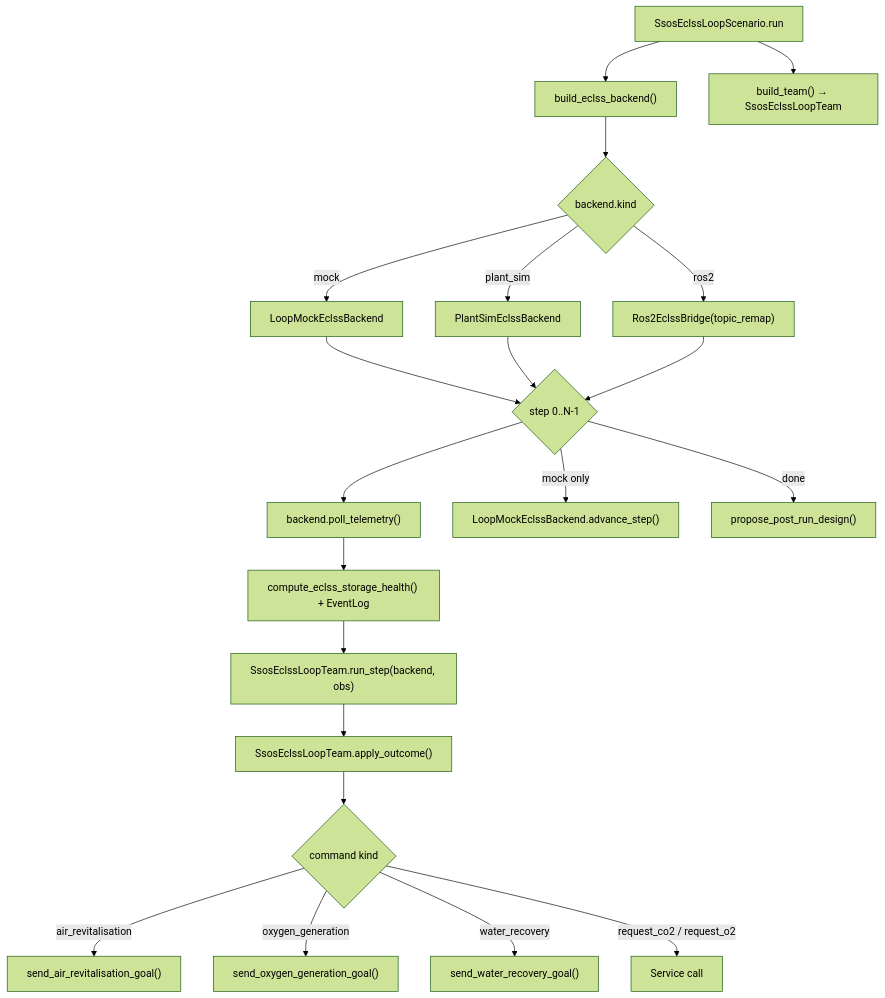
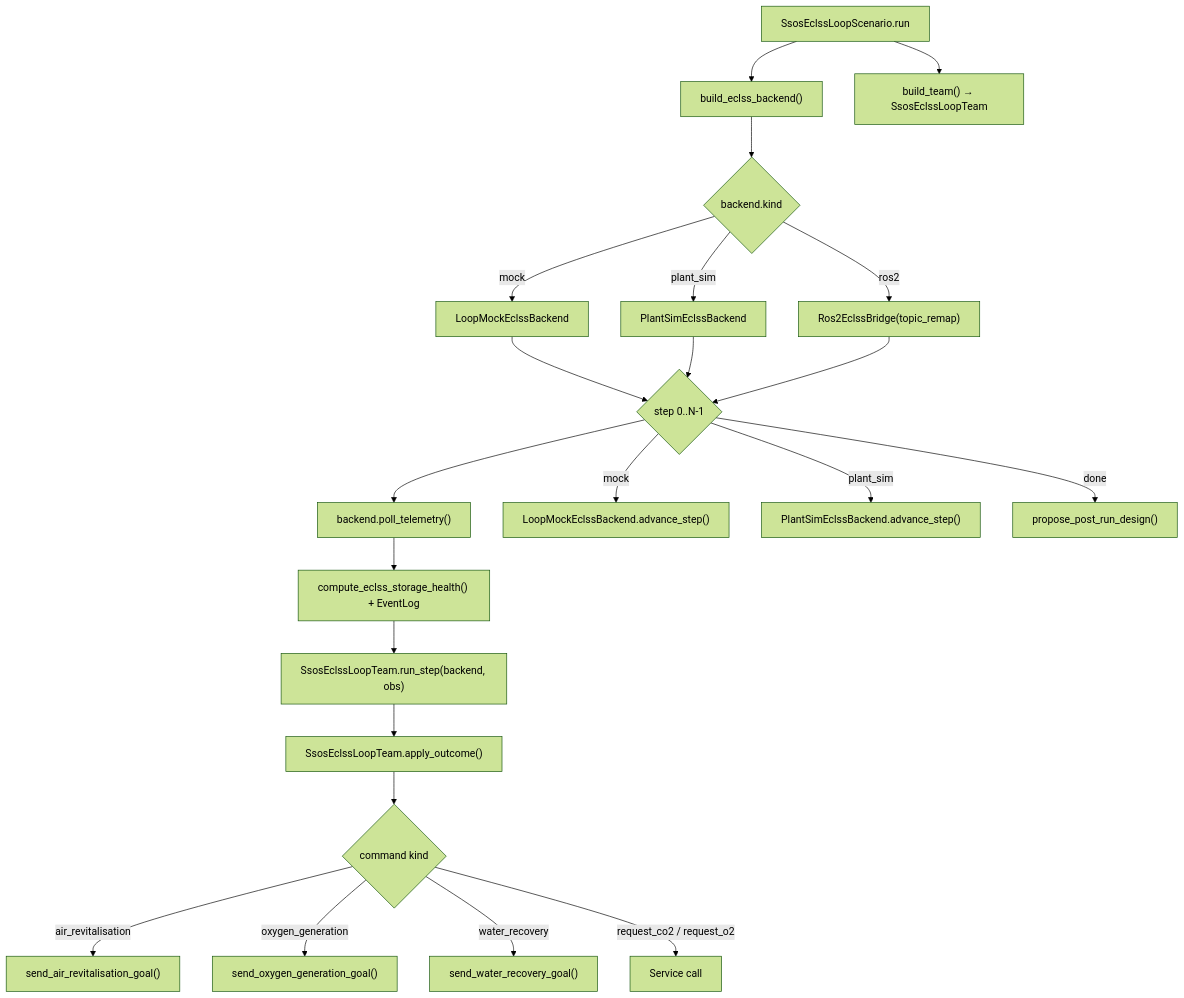
The fifth of 5 diagrams in docs/en/architecture.md (hirototamura/engineering_agents), drawn with Mermaid (forest theme) before and after one commit.

Commit message:
docs: address review feedback

````diff
--- a/docs/en/architecture.md
+++ b/docs/en/architecture.md
@@ -553,23 +553,24 @@
 ```mermaid
 flowchart TD
   A["SsosEclssLoopScenario.run"] --> B["build_eclss_backend()"]
   B --> B1{"backend.kind"}
   B1 -->|mock| B2["LoopMockEclssBackend"]
   B1 -->|plant_sim| B2p["PlantSimEclssBackend"]
   B1 -->|ros2| B3["Ros2EclssBridge(topic_remap)"]
   A --> C["build_team() → SsosEclssLoopTeam"]
   B2 --> D{"step 0..N-1"}
   B2p --> D
   B3 --> D
   D --> E["backend.poll_telemetry()"]
   E --> F["compute_eclss_storage_health() + EventLog"]
   F --> G["SsosEclssLoopTeam.run_step(backend, obs)"]
   G --> H["SsosEclssLoopTeam.apply_outcome()"]
   H --> I{"command kind"}
   I -->|air_revitalisation| J["send_air_revitalisation_goal()"]
   I -->|oxygen_generation| K["send_oxygen_generation_goal()"]
   I -->|water_recovery| Jw["send_water_recovery_goal()"]
   I -->|request_co2 / request_o2| L["Service call"]
-  D -->|mock only| M["LoopMockEclssBackend.advance_step()"]
+  D -->|mock| M["LoopMockEclssBackend.advance_step()"]
+  D -->|plant_sim| M2["PlantSimEclssBackend.advance_step()"]
   D -->|done| N["propose_post_run_design()"]
 ```
````
